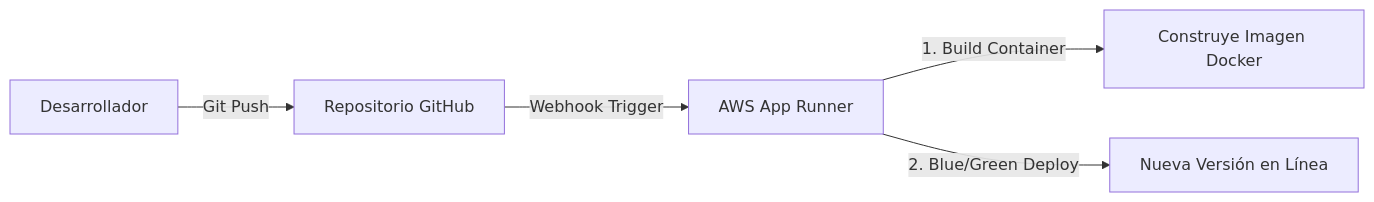
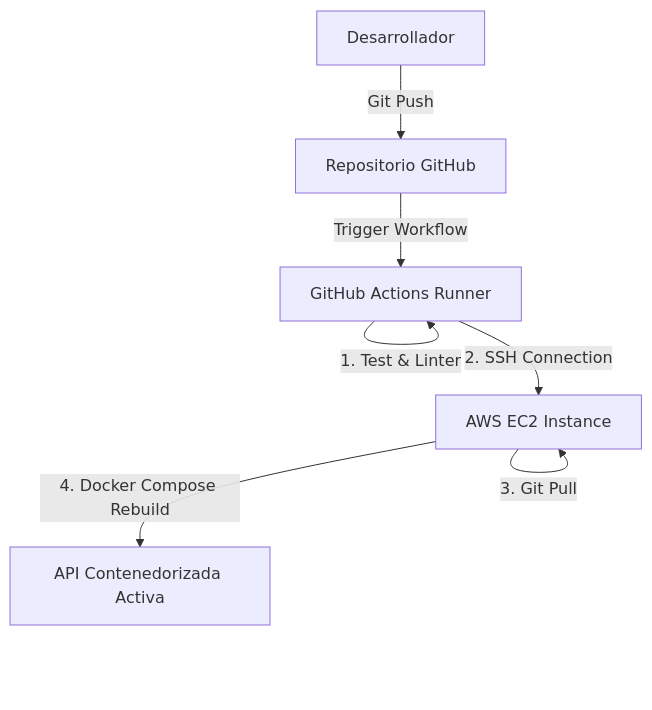
One commit to FrancisJaramilloC/Sistema-Estudiantes-Nutricion changed the diagram in aws_deployment_report.md. Above: the diagram before and after it, drawn with Mermaid. The commit also changed other lines of this file and 3 other files, not shown here.

Commit message:
Migracion de AWS App Runner a EC2

````diff
--- a/aws_deployment_report.md
+++ b/aws_deployment_report.md
@@ -154,7 +151,9 @@
 ```mermaid
-graph LR
+graph TD
     Dev[Desarrollador] -->|Git Push| GitHub[Repositorio GitHub]
-    GitHub -->|Webhook Trigger| AppRunner[AWS App Runner]
-    AppRunner -->|1. Build Container| DockerImage[Construye Imagen Docker]
-    AppRunner -->|2. Blue/Green Deploy| RunningApp[Nueva Versión en Línea]
+    GitHub -->|Trigger Workflow| Actions[GitHub Actions Runner]
+    Actions -->|1. Test & Linter| Actions
+    Actions -->|2. SSH Connection| EC2[AWS EC2 Instance]
+    EC2 -->|3. Git Pull| EC2
+    EC2 -->|4. Docker Compose Rebuild| RunningApp[API Contenedorizada Activa]
 ```
````
